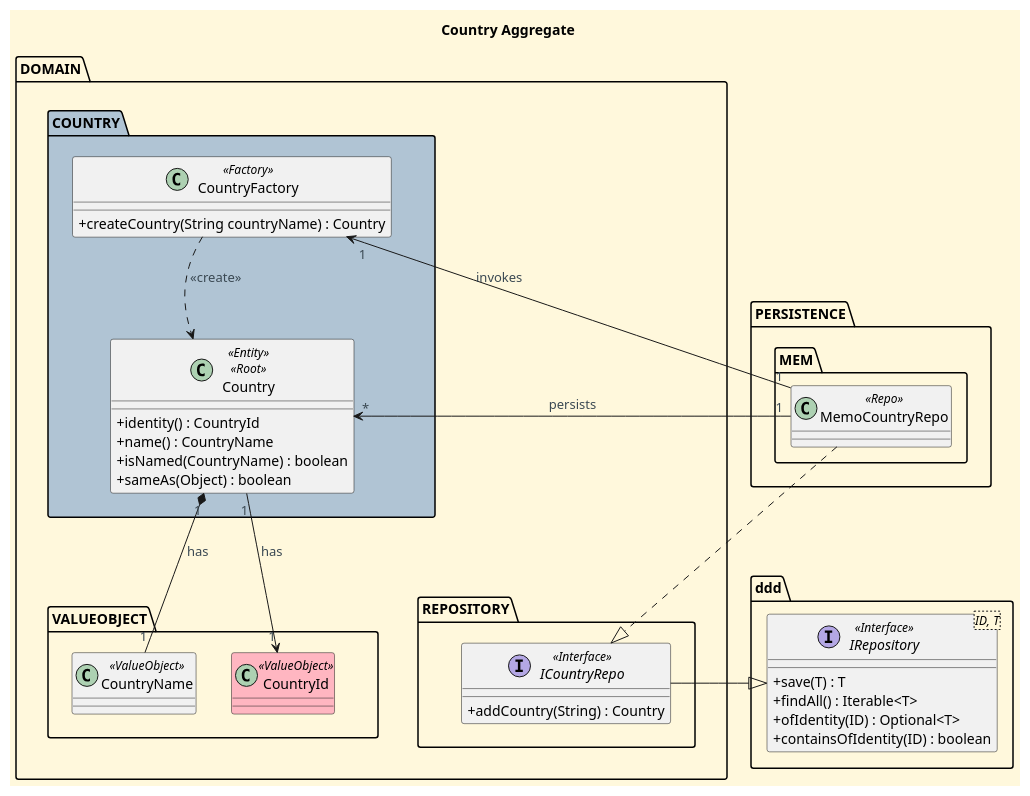
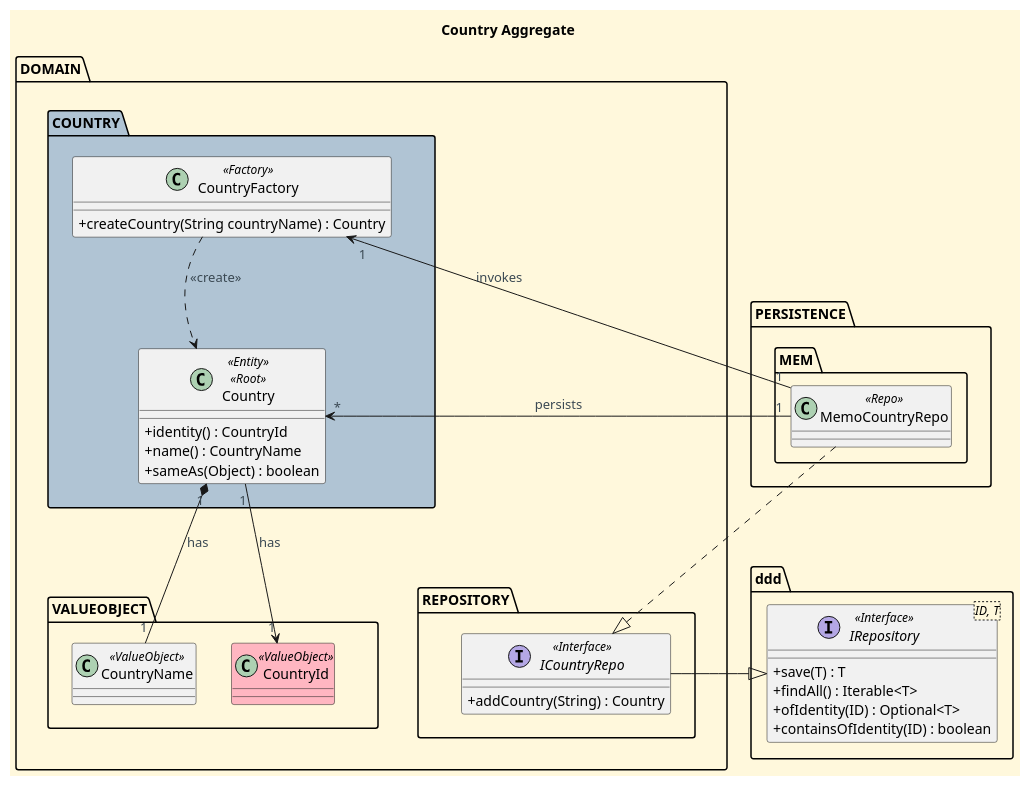
Before and after one commit to CarolinaLeite-collab/JavaMarketplacePlatform: the diagram in docs/aggregates-diagrams/Country_Agregate.puml, drawn with PlantUML. The commit also changed 3 other files, not shown here.

First line of the commit message:
refactor: align country aggregate and diagrams with team standards

```diff
--- a/docs/aggregates-diagrams/Country_Agregate.puml
+++ b/docs/aggregates-diagrams/Country_Agregate.puml
@@ -1,82 +1,81 @@
 @startuml
 
 title Country Aggregate
 
 '==== basic style ====
 skinparam monochrome false
 skinparam shadowing false
 skinparam defaultFontName Futura
 skinparam objectFontSize 20
 skinparam backgroundColor CornSilk
 skinparam objectBackgroundColor WhiteSmoke
 skinparam noteBackgroundColor #FFFFE0
 skinparam ArrowFontColor #3B4953
 skinparam ActivationBackgroundColor black
 skinparam classAttributeIconSize 0
 
 top to bottom direction
 
 Package "DOMAIN" {
 
     Package "COUNTRY" <<Folder>> #b0c4d4 {
         class Country <<Entity>> <<Root>> {
             +identity() : CountryId
             +name() : CountryName
-            +isNamed(CountryName) : boolean
             +sameAs(Object) : boolean
         }
 
         class CountryFactory <<Factory>> {
             +createCountry(String countryName) : Country
         }
     }
 
     Package "VALUEOBJECT" <<Folder>> {
         class CountryId <<ValueObject>> #LightPink {
         }
 
         class CountryName <<ValueObject>> {
         }
     }
 
     Package "REPOSITORY" <<Folder>> {
         interface ICountryRepo <<Interface>> {
             +addCountry(String) : Country
         }
     }
 
     ' Layout adjustments
     COUNTRY -[hidden]right- REPOSITORY
     VALUEOBJECT -[hidden]right- REPOSITORY
     COUNTRY -[hidden]down- VALUEOBJECT
 }
 
 Package "ddd" {
     interface "IRepository<ID, T>" as IRepository <<Interface>> {
         +save(T) : T
         +findAll() : Iterable<T>
         +ofIdentity(ID) : Optional<T>
         +containsOfIdentity(ID) : boolean
     }
 }
 
 Package "PERSISTENCE" {
     package "MEM" {
         class MemoCountryRepo <<Repo>> {
         }
     }
 }
 
 ' ===== Relations =====
 
 CountryFactory "1" <-- "1" MemoCountryRepo : invokes
 Country "1" --> "1" CountryId : has
 Country "1" *-- "1" CountryName : has
 
 ICountryRepo -|> IRepository
 MemoCountryRepo ..|> ICountryRepo
 Country "*" <- "1" MemoCountryRepo : persists
 
 CountryFactory ..> Country : <<create>>
 
 @enduml
```
